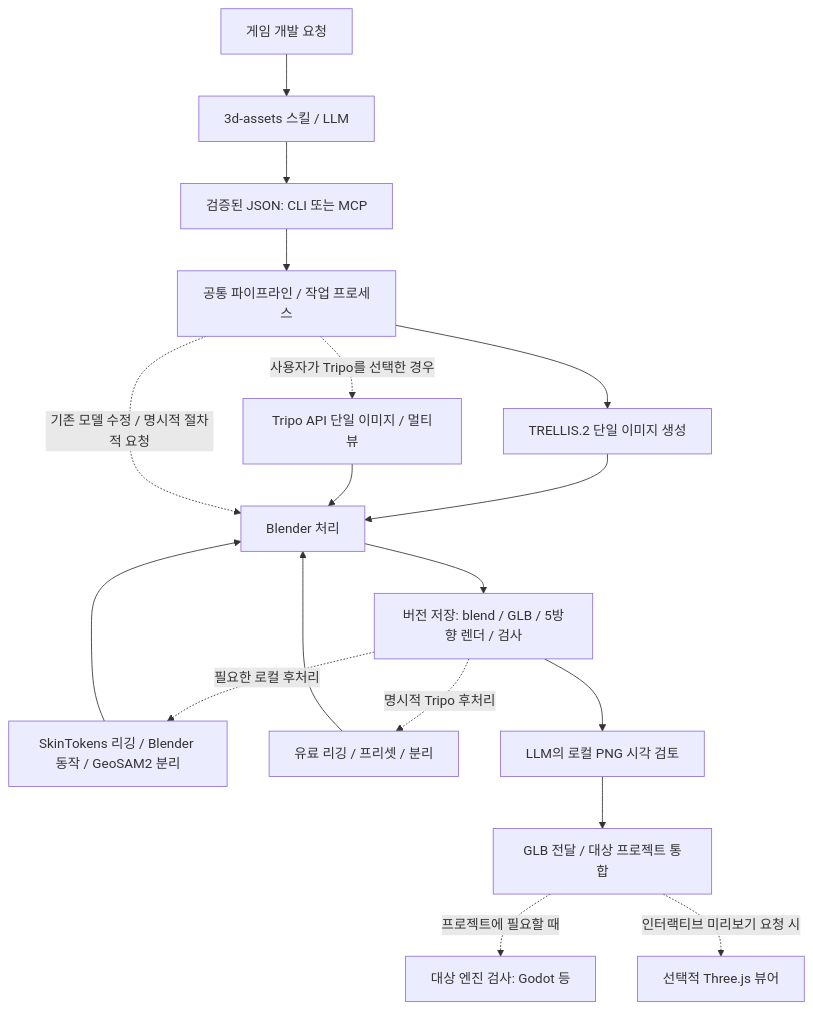
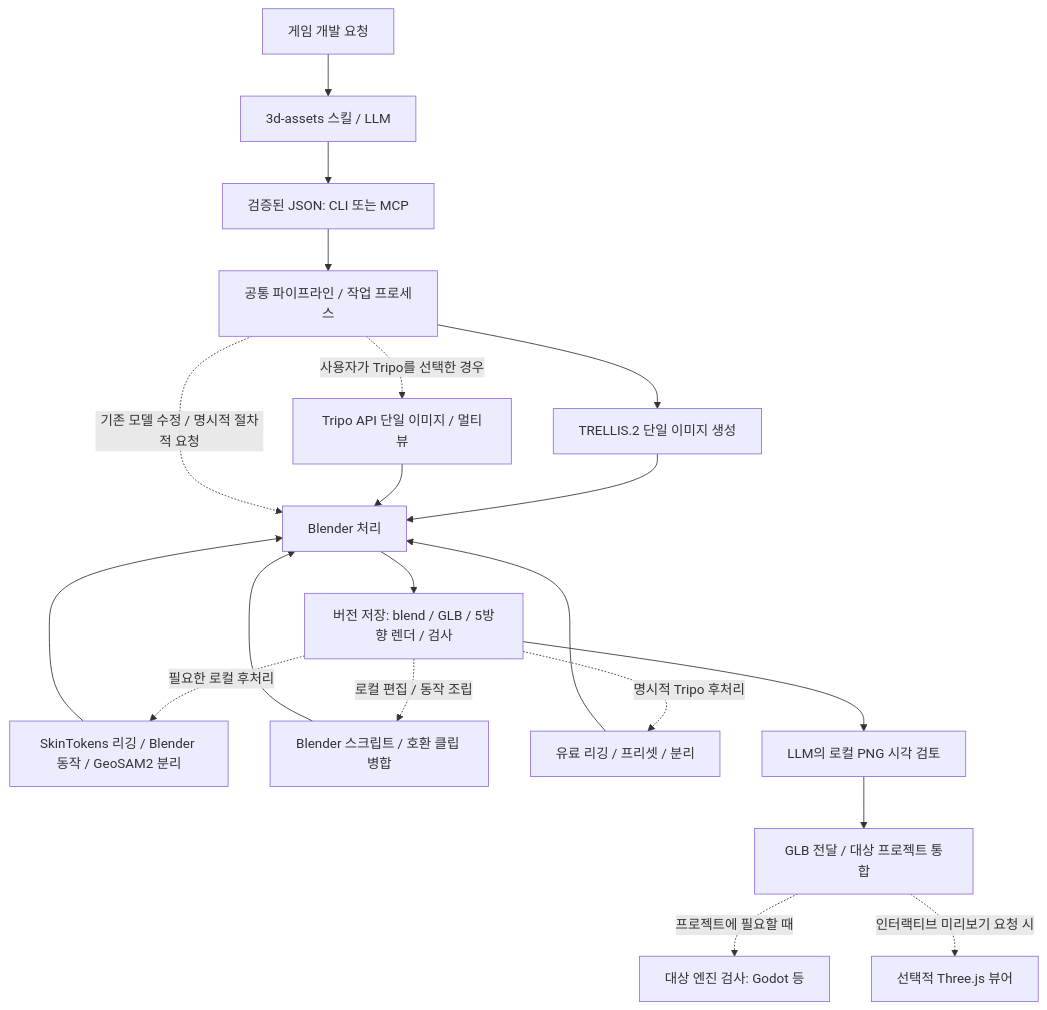
Before and after one commit to NA-DEGEN-GIRL/3d-asset-auto: the diagram in docs/ARCHITECTURE.md, drawn with Mermaid. The commit also changed other lines of this file and 33 other files, not shown here.

````diff
--- a/docs/ARCHITECTURE.md
+++ b/docs/ARCHITECTURE.md
@@ -7,20 +7,22 @@
 ```mermaid
 flowchart TD
     A[게임 개발 요청] --> B[3d-assets 스킬 / LLM]
     B --> C[검증된 JSON: CLI 또는 MCP]
     C --> D[공통 파이프라인 / 작업 프로세스]
     D --> E[TRELLIS.2 단일 이미지 생성]
     E --> F[Blender 처리]
     D -. 사용자가 Tripo를 선택한 경우 .-> T[Tripo API 단일 이미지 / 멀티뷰]
     T --> F
     D -. 기존 모델 수정 / 명시적 절차적 요청 .-> F
     F --> G[버전 저장: blend / GLB / 5방향 렌더 / 검사]
     G -. 필요한 로컬 후처리 .-> P[SkinTokens 리깅 / Blender 동작 / GeoSAM2 분리]
     P --> F
+    G -. 로컬 편집 / 동작 조립 .-> U[Blender 스크립트 / 호환 클립 병합]
+    U --> F
     G -. 명시적 Tripo 후처리 .-> R[유료 리깅 / 프리셋 / 분리]
     R --> F
     G --> J[LLM의 로컬 PNG 시각 검토]
     J --> K[GLB 전달 / 대상 프로젝트 통합]
     K -. 프로젝트에 필요할 때 .-> H[대상 엔진 검사: Godot 등]
     K -. 인터랙티브 미리보기 요청 시 .-> I[선택적 Three.js 뷰어]
 ```
````
